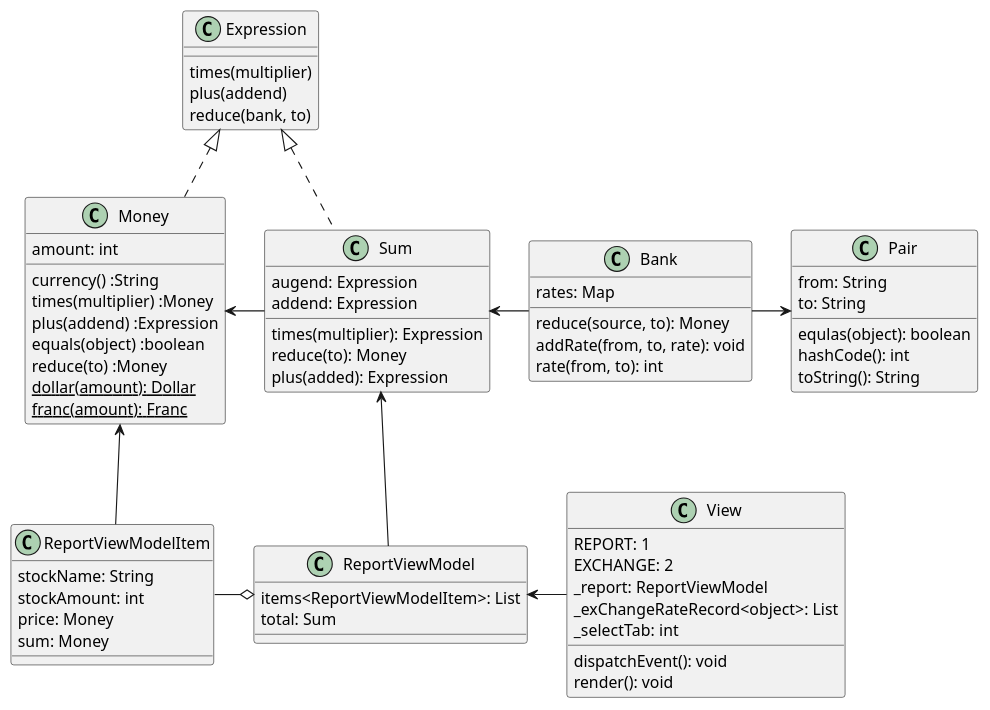
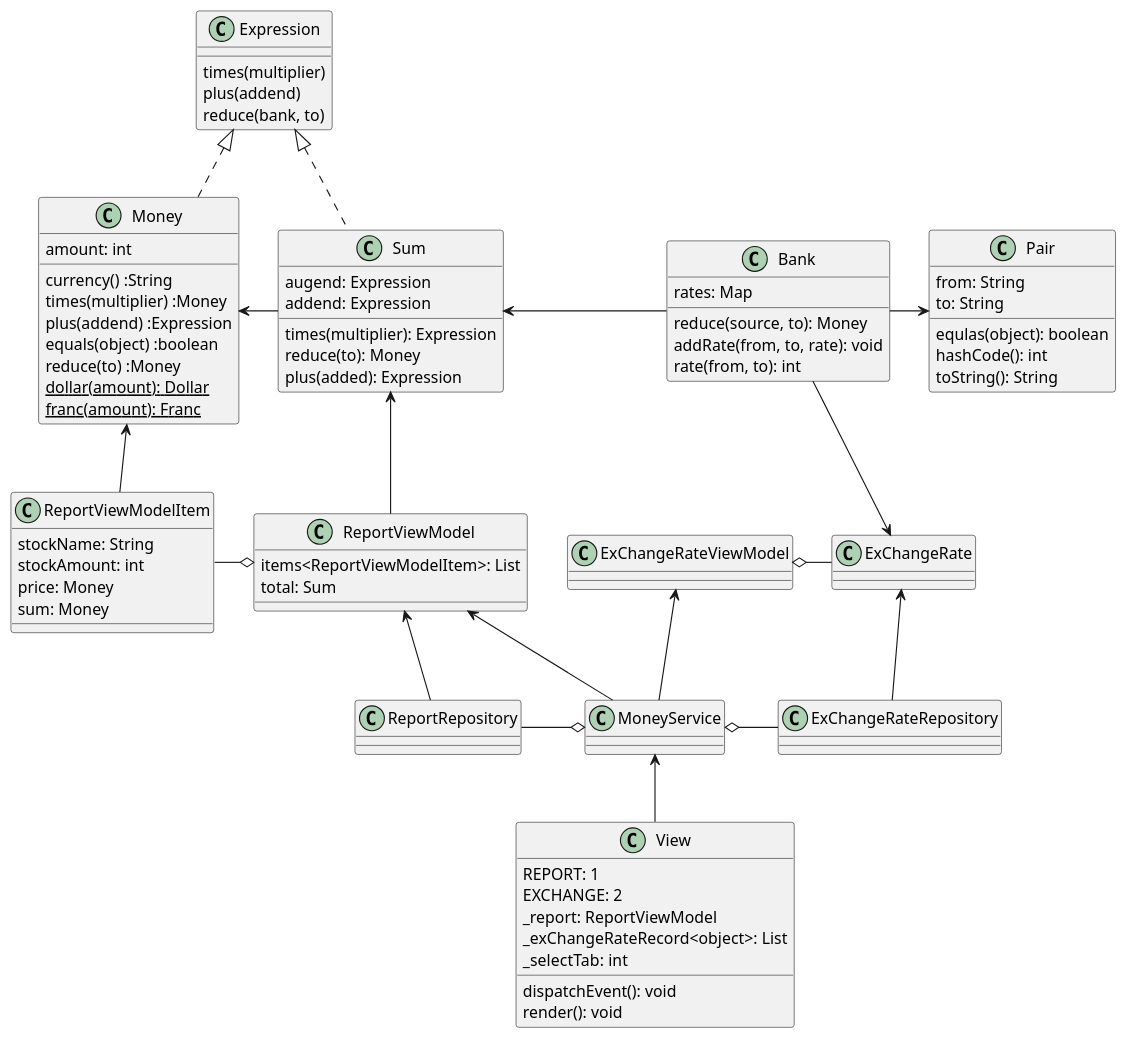
The diagram in docs/src/spec/the_money_example.adoc (hiroshima-arc/pragmatic_programing), drawn with PlantUML before and after one commit. The commit also changed other lines of this file and 4 other files, not shown here.

```diff
--- a/docs/src/spec/the_money_example.adoc
+++ b/docs/src/spec/the_money_example.adoc
@@ -108,6 +110,8 @@
   {static} dollar(amount): Dollar
   {static} franc(amount): Franc
 }
+class ExChangeRate {
+}
 class ReportViewModel {
   items<ReportViewModelItem>: List
   total: Sum
@@ -118,7 +122,14 @@
   price: Money
   sum: Money
 }
-ReportViewModelItem -o ReportViewModel
+class ExChangeRateViewModel {
+}
+class MoneyService {
+}
+class ReportRepository {
+}
+class ExChangeRateRepository {
+}
 class View {
   REPORT: 1
   EXCHANGE: 2
@@ -135,5 +146,14 @@
 Bank -> Pair
 Sum <-- ReportViewModel
 Money <-- ReportViewModelItem
-ReportViewModel <- View
+Bank --> ExChangeRate
+ExChangeRateViewModel o- ExChangeRate
+ExChangeRateViewModel <-- MoneyService
+ExChangeRate <- ExChangeRateRepository
+ReportRepository -o MoneyService
+ReportViewModel <- ReportRepository
+MoneyService o- ExChangeRateRepository
+ReportViewModelItem -o ReportViewModel
+ReportViewModel <-- MoneyService
+MoneyService <-- View
 ----
```
